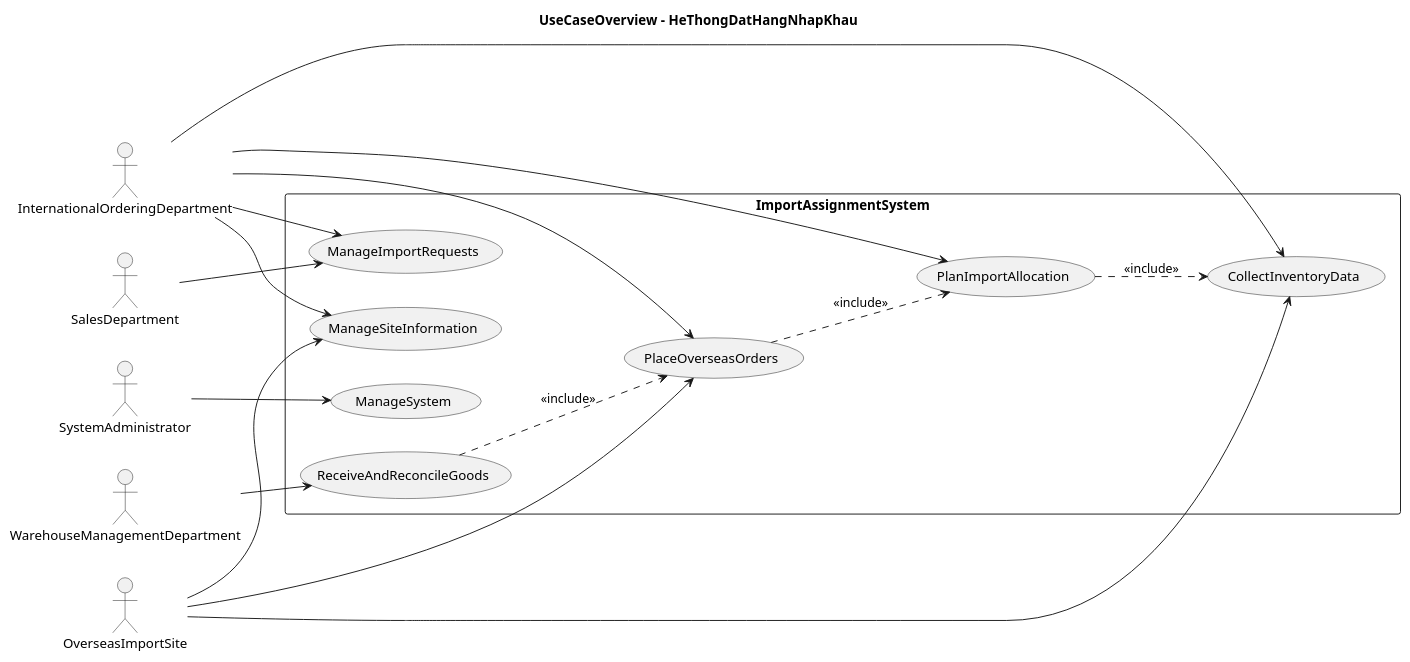
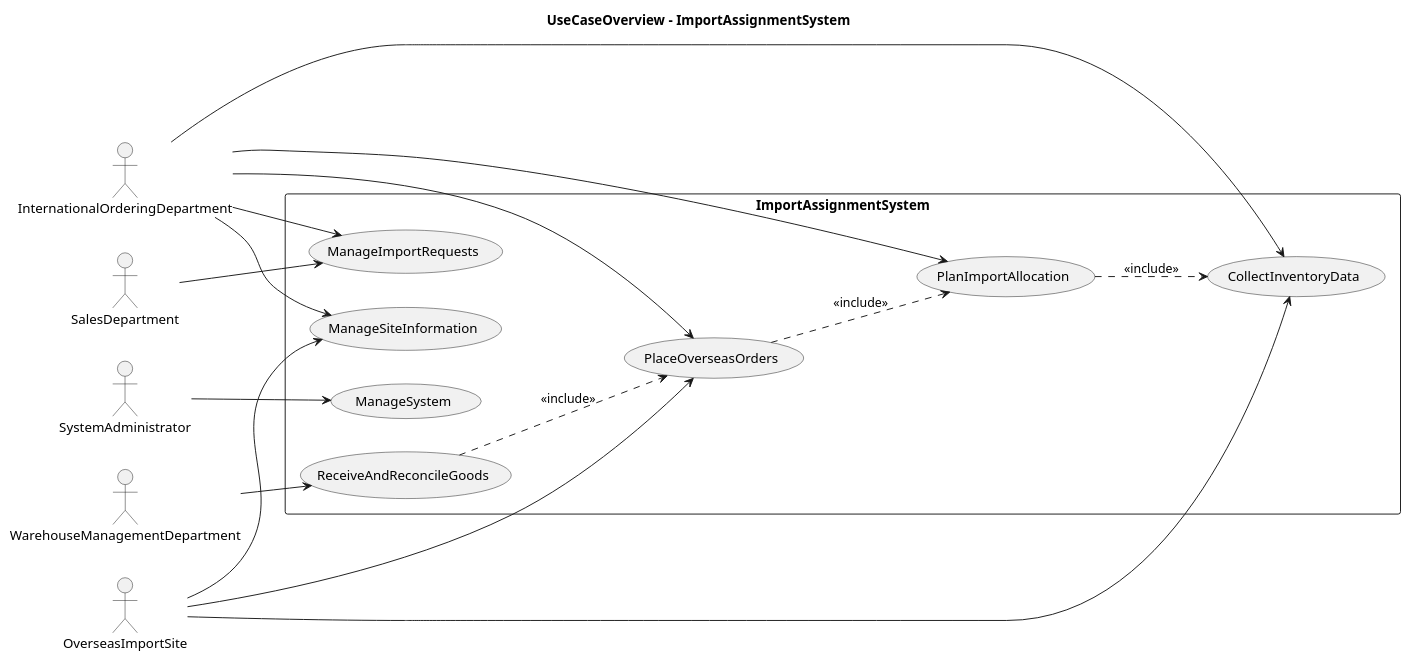
Before and after one commit to nqd2/2025.2-166155-15: the diagram in docs/details/overview/usecase_overview.puml, drawn with PlantUML. The commit also changed 176 other files, not shown here.

```diff
--- a/docs/details/overview/usecase_overview.puml
+++ b/docs/details/overview/usecase_overview.puml
@@ -1,38 +1,38 @@
 @startuml usecase_overview
 left to right direction
 
-title UseCaseOverview - HeThongDatHangNhapKhau
+title UseCaseOverview - ImportAssignmentSystem
 
 actor "SalesDepartment" as SalesDepartment
 actor "InternationalOrderingDepartment" as InternationalOrderingDepartment
 actor "OverseasImportSite" as OverseasImportSite
 actor "WarehouseManagementDepartment" as WarehouseManagementDepartment
 actor "SystemAdministrator" as SystemAdministrator
 
 rectangle "ImportAssignmentSystem" {
   usecase "ManageImportRequests" as ManageImportRequests
   usecase "ManageSiteInformation" as ManageSiteInformation
   usecase "CollectInventoryData" as CollectInventoryData
   usecase "PlanImportAllocation" as PlanImportAllocation
   usecase "PlaceOverseasOrders" as PlaceOverseasOrders
   usecase "ReceiveAndReconcileGoods" as ReceiveAndReconcileGoods
   usecase "ManageSystem" as ManageSystem
 }
 
 SalesDepartment --> ManageImportRequests
 InternationalOrderingDepartment --> ManageImportRequests
 InternationalOrderingDepartment --> ManageSiteInformation
 InternationalOrderingDepartment --> CollectInventoryData
 InternationalOrderingDepartment --> PlanImportAllocation
 InternationalOrderingDepartment --> PlaceOverseasOrders
 OverseasImportSite --> ManageSiteInformation
 OverseasImportSite --> CollectInventoryData
 OverseasImportSite --> PlaceOverseasOrders
 WarehouseManagementDepartment --> ReceiveAndReconcileGoods
 SystemAdministrator --> ManageSystem
 
 PlanImportAllocation ..> CollectInventoryData : <<include>>
 PlaceOverseasOrders ..> PlanImportAllocation : <<include>>
 ReceiveAndReconcileGoods ..> PlaceOverseasOrders : <<include>>
 
 @enduml
```
